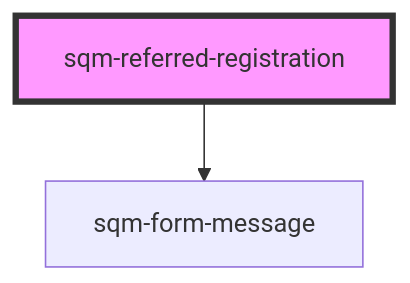
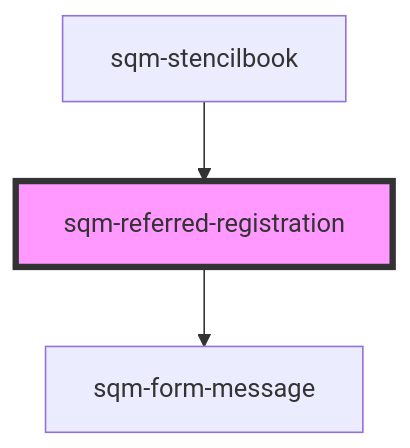
Before and after one commit to saasquatch/program-tools: the diagram in packages/mint-components/src/components/sqm-referred-registration/readme.md, drawn with Mermaid. The commit also changed other lines of this file and 3 other files, not shown here.

````diff
--- a/packages/mint-components/src/components/sqm-referred-registration/readme.md
+++ b/packages/mint-components/src/components/sqm-referred-registration/readme.md
@@ -39,5 +43,6 @@
 ```mermaid
 graph TD;
   sqm-referred-registration --> sqm-form-message
+  sqm-stencilbook --> sqm-referred-registration
   style sqm-referred-registration fill:#f9f,stroke:#333,stroke-width:4px
 ```
````
